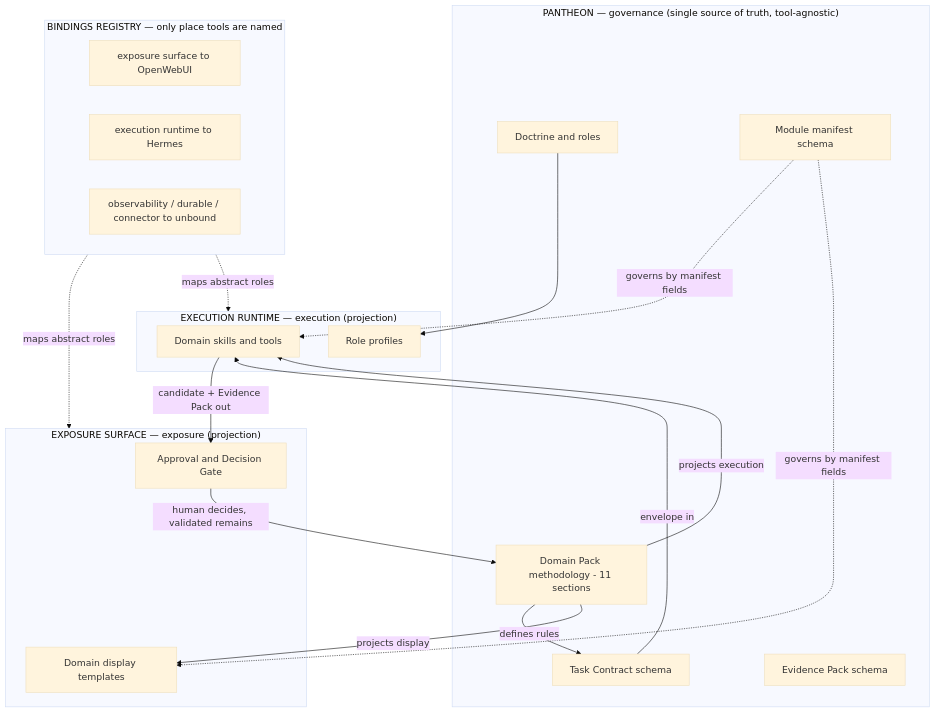
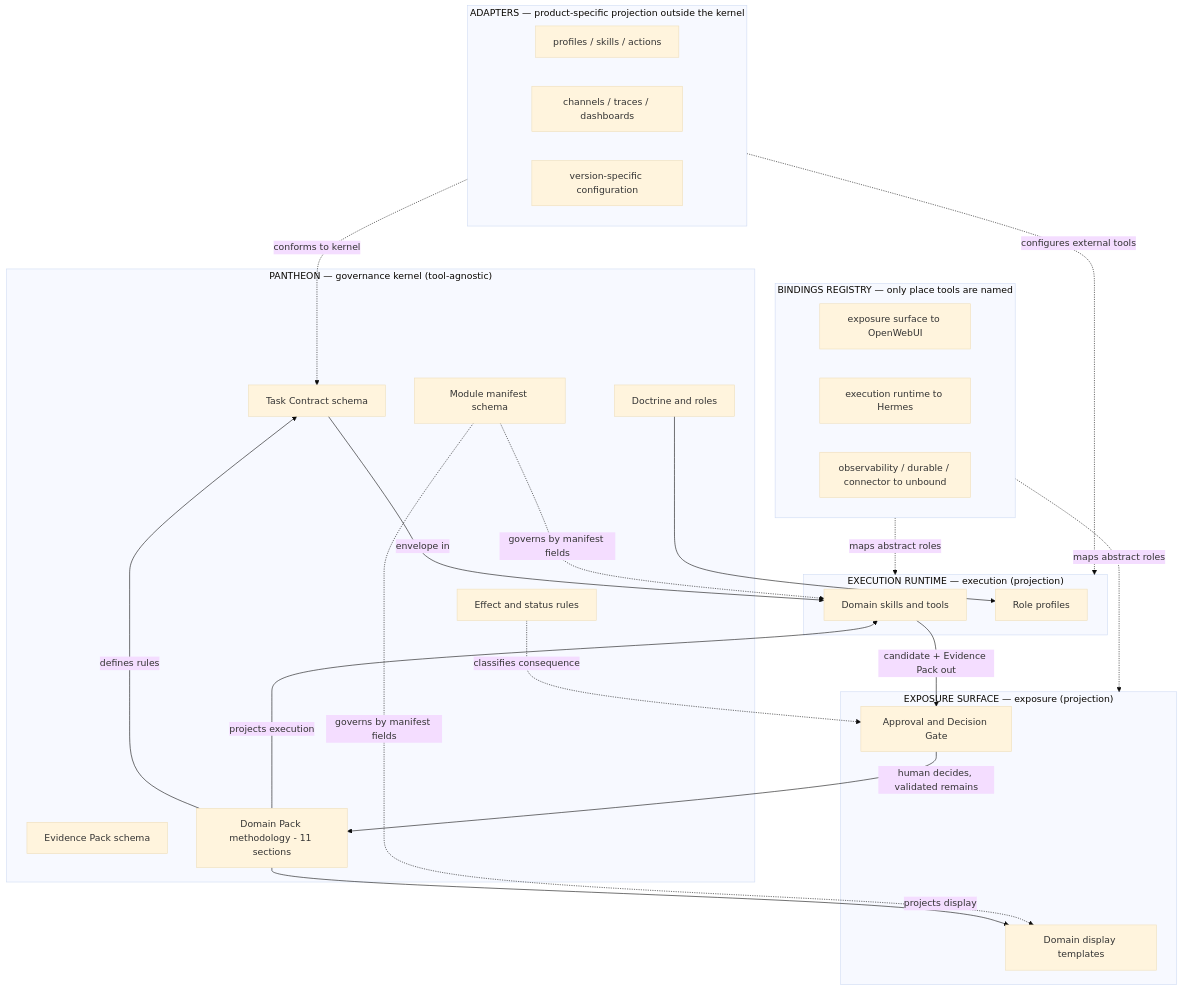
The diagram in docs/governance/MODULAR_DOMAIN_REORIENTATION.md (ifanjuang/Pantheon-Next), drawn with Mermaid (base theme) before and after one commit. The commit also changed other lines of this file, not shown here.

Commit message:
Promote kernel adapter split into modular doctrine

````diff
--- a/docs/governance/MODULAR_DOMAIN_REORIENTATION.md
+++ b/docs/governance/MODULAR_DOMAIN_REORIENTATION.md
@@ -191,38 +291,48 @@
 ```mermaid
 flowchart TB
-  subgraph PANTHEON["PANTHEON — governance (single source of truth, tool-agnostic)"]
+  subgraph PANTHEON["PANTHEON — governance kernel (tool-agnostic)"]
     DOC[Doctrine and roles]
     CONTRACT[Task Contract schema]
     EVID[Evidence Pack schema]
     MANIFEST[Module manifest schema]
+    EFFECT[Effect and status rules]
     PACK[Domain Pack methodology - 11 sections]
   end
 
   subgraph BIND["BINDINGS REGISTRY — only place tools are named"]
     B1[exposure surface to OpenWebUI]
     B2[execution runtime to Hermes]
     B3[observability / durable / connector to unbound]
   end
 
+  subgraph ADAPT["ADAPTERS — product-specific projection outside the kernel"]
+    A1[profiles / skills / actions]
+    A2[channels / traces / dashboards]
+    A3[version-specific configuration]
+  end
+
   subgraph OWUI["EXPOSURE SURFACE — exposure (projection)"]
     OT[Domain display templates]
     GATE[Approval and Decision Gate]
   end
 
-  subgraph HERMES["EXECUTION RUNTIME — execution (projection)"]
+  subgraph RUNTIME["EXECUTION RUNTIME — execution (projection)"]
     SK[Domain skills and tools]
     PR[Role profiles]
   end
 
   PACK -->|defines rules| CONTRACT
   PACK -->|projects display| OT
   PACK -->|projects execution| SK
   DOC --> PR
   CONTRACT -->|envelope in| SK
   SK -->|candidate + Evidence Pack out| GATE
   GATE -->|human decides, validated remains| PACK
   MANIFEST -. governs by manifest fields .-> SK
   MANIFEST -. governs by manifest fields .-> OT
+  EFFECT -. classifies consequence .-> GATE
   BIND -. maps abstract roles .-> OWUI
-  BIND -. maps abstract roles .-> HERMES
+  BIND -. maps abstract roles .-> RUNTIME
+  ADAPT -. conforms to kernel .-> CONTRACT
+  ADAPT -. configures external tools .-> RUNTIME
 ```
````
